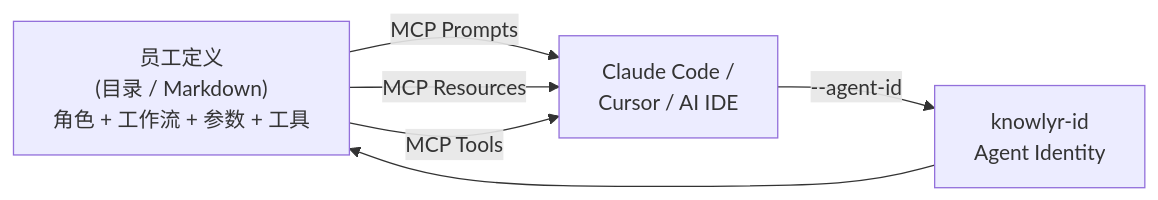
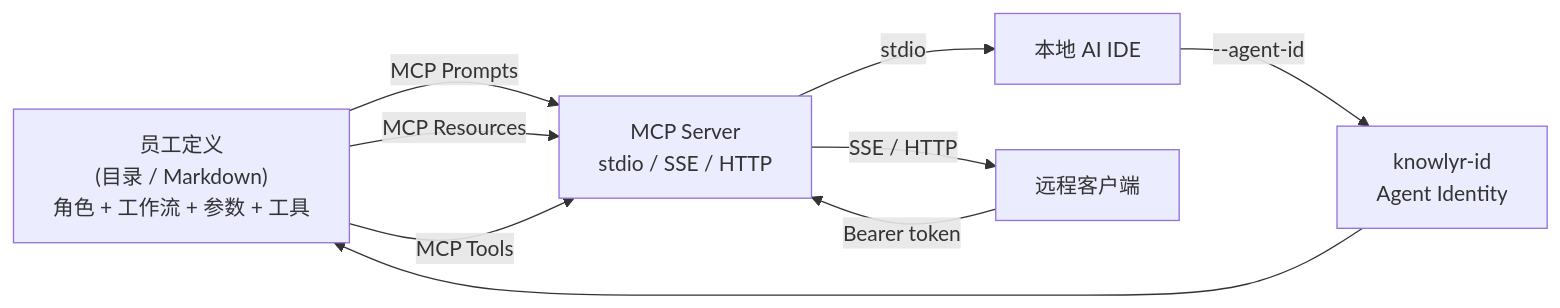
One commit to liuxiaotong/knowlyr-crew changed the first of 2 diagrams in README.md. Above: the diagram before and after it, drawn with Mermaid. The commit also changed other lines of this file, not shown here.

````diff
--- a/README.md
+++ b/README.md
@@ -47,8 +47,11 @@
 ```mermaid
 graph LR
-    E["员工定义<br/>(目录 / Markdown)<br/>角色 + 工作流 + 参数 + 工具"] -->|MCP Prompts| IDE["Claude Code /<br/>Cursor / AI IDE"]
-    E -->|MCP Resources| IDE
-    E -->|MCP Tools| IDE
+    E["员工定义<br/>(目录 / Markdown)<br/>角色 + 工作流 + 参数 + 工具"] -->|MCP Prompts| S["MCP Server<br/>stdio / SSE / HTTP"]
+    E -->|MCP Resources| S
+    E -->|MCP Tools| S
+    S -->|stdio| IDE["本地 AI IDE"]
+    S -->|SSE / HTTP| Remote["远程客户端"]
     IDE -->|--agent-id| ID["knowlyr-id<br/>Agent Identity"]
+    Remote -->|Bearer token| S
     ID --> E
 ```
````
